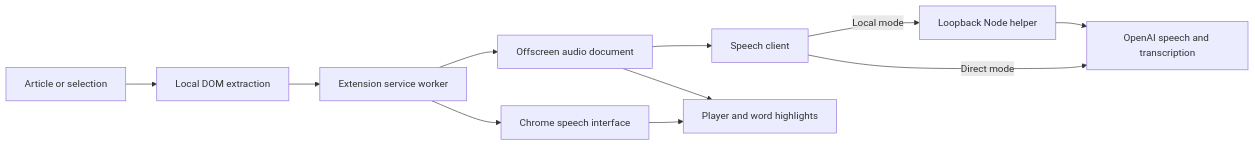
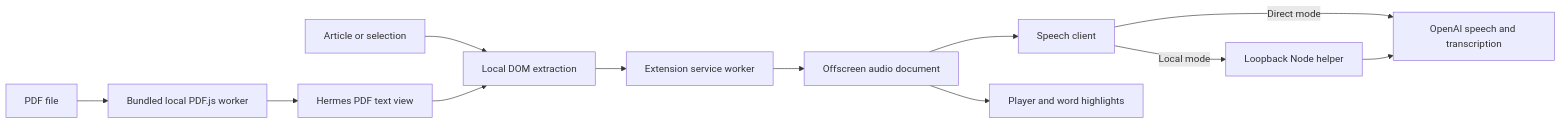
The diagram in docs/architecture.md (YashDagade/browser-reader), drawn with Mermaid before and after one commit. The commit also changed other lines of this file and 27 other files, not shown here.

Commit message:
Add local PDF reading and finer playback controls up to 7x

````diff
--- a/docs/architecture.md
+++ b/docs/architecture.md
@@ -5,13 +5,14 @@
 ```mermaid
 flowchart LR
     Page[Article or selection] --> Extract[Local DOM extraction]
     Extract --> Worker[Extension service worker]
-    Worker --> Native[Chrome speech interface]
     Worker --> Audio[Offscreen audio document]
     Audio --> Client[Speech client]
     Client -->|Direct mode| API[OpenAI speech and transcription]
     Client -->|Local mode| Helper[Loopback Node helper]
     Helper --> API
-    Native --> Player[Player and word highlights]
-    Audio --> Player
+    Audio --> Player[Player and word highlights]
+    PDF[PDF file] --> Parser[Bundled local PDF.js worker]
+    Parser --> View[Hermes PDF text view]
+    View --> Extract
 ```
````
